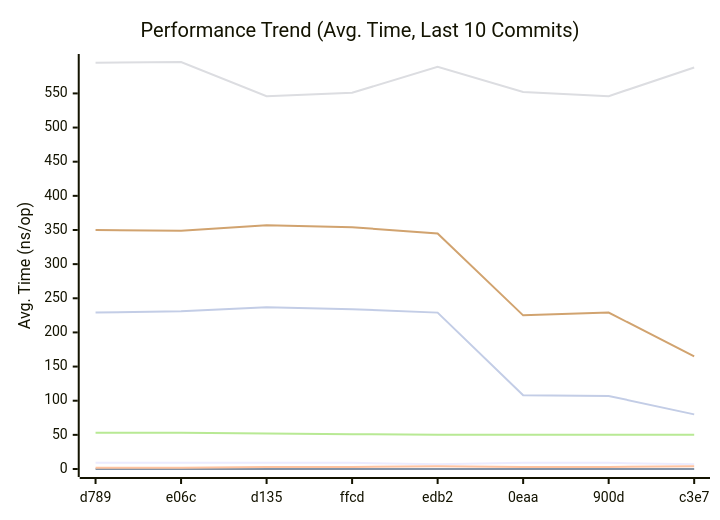
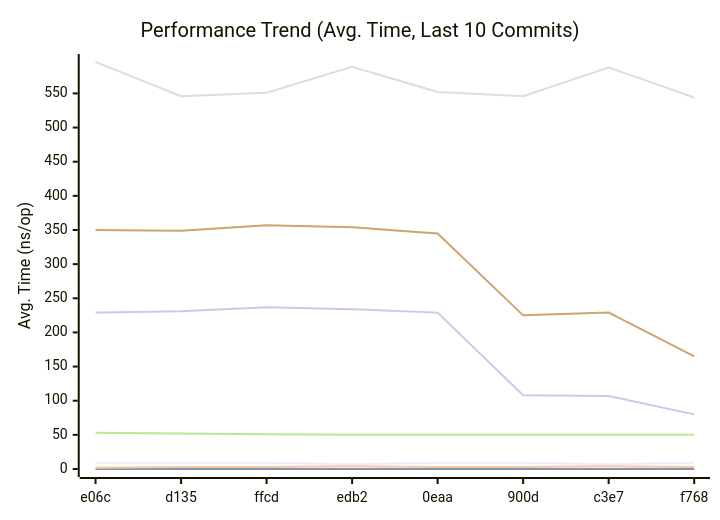
The first of 3 diagrams in docs/README.md (alsotoes/momo), drawn with Mermaid before and after one commit. The commit also changed other lines of this file and 1 other file, not shown here.

````diff
--- a/docs/README.md
+++ b/docs/README.md
@@ -303,14 +303,14 @@
 ```mermaid
 xychart-beta
     title "Performance Trend (Avg. Time, Last 10 Commits)"
     x-axis "Commit"
     y-axis "Avg. Time (ns/op)"
-    x-axis [d789,e06c,d135,ffcd,edb2,0eaa,900d,c3e7]
-    line "CheckMetricsAndSwap" [9,9,9,9,7,9,9,7,9,9]
+    x-axis [e06c,d135,ffcd,edb2,0eaa,900d,c3e7,f768]
+    line "CheckMetricsAndSwap" [9,9,9,7,9,9,7,9,9,9]
     line "IndexDirectTracking" [0,0,0,0,0,0,0,0,0,0]
-    line "IndexSearch" [2,2,3,3,4,3,3,4,3,2]
-    line "LoadGlobalConfig" [595,596,546,551,589,552,546,588,544,587]
-    line "PadString" [53,53,52,51,50,50,50,50,50,53]
+    line "IndexSearch" [2,3,3,4,3,3,4,3,2,2]
+    line "LoadGlobalConfig" [596,546,551,589,552,546,588,544,587,592]
+    line "PadString" [53,52,51,50,50,50,50,50,53,52]
     line "ParseReplicationOrder_NoPrealloc" [350,349,357,354,345,225,229,165,232,234]
     line "ParseReplicationOrder_Prealloc" [229,231,237,234,229,108,107,80,110,109]
 ```
````
